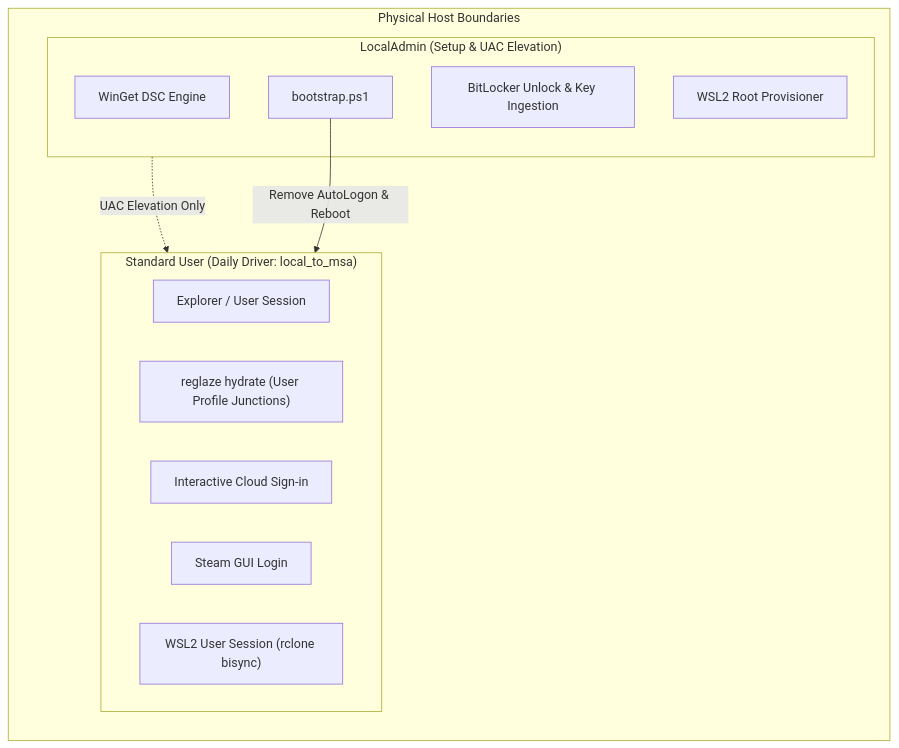
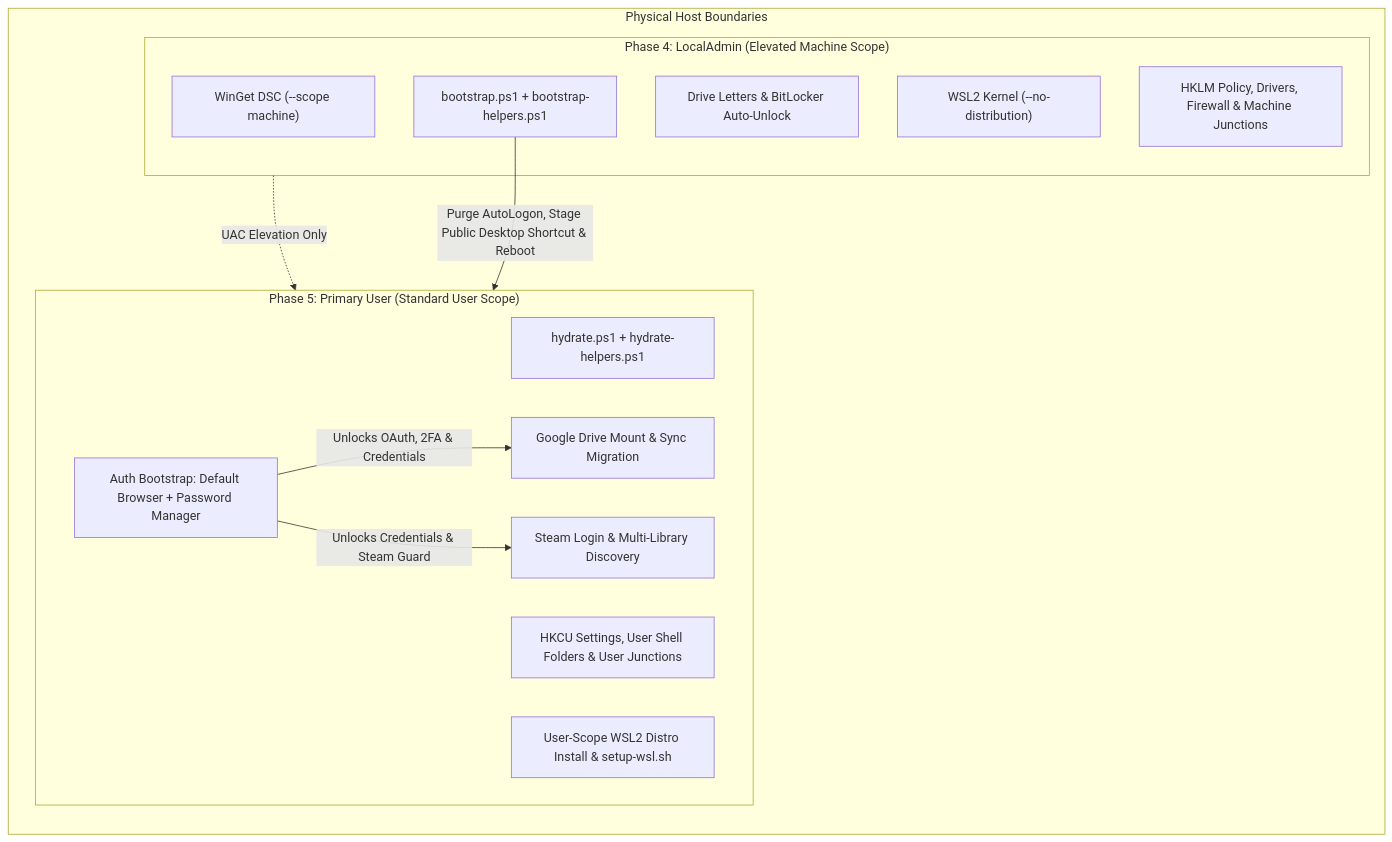
The third of 9 diagrams in docs/ARCHITECTURE.md (kirkhaines/reglaze), drawn with Mermaid before and after one commit. The commit also changed other lines of this file and 17 other files, not shown here.

````diff
--- a/docs/ARCHITECTURE.md
+++ b/docs/ARCHITECTURE.md
@@ -158,22 +158,26 @@
 ```mermaid
 graph LR
     subgraph Host ["Physical Host Boundaries"]
-        subgraph AdminBoundary ["LocalAdmin (Setup & UAC Elevation)"]
-            Bootstrap["bootstrap.ps1"]
-            WinGetDSC["WinGet DSC Engine"]
-            BitLocker["BitLocker Unlock & Key Ingestion"]
-            WSLRoot["WSL2 Root Provisioner"]
+        subgraph AdminBoundary ["Phase 4: LocalAdmin (Elevated Machine Scope)"]
+            Bootstrap["bootstrap.ps1 + bootstrap-helpers.ps1"]
+            WinGetDSC["WinGet DSC (--scope machine)"]
+            BitLocker["Drive Letters & BitLocker Auto-Unlock"]
+            WSLKernel["WSL2 Kernel (--no-distribution)"]
+            MachineCfg["HKLM Policy, Drivers, Firewall & Machine Junctions"]
         end
         
-        subgraph UserBoundary ["Standard User (Daily Driver: local_to_msa)"]
-            Shell["Explorer / User Session"]
-            Hydrate["reglaze hydrate (User Profile Junctions)"]
-            CloudAuth["Interactive Cloud Sign-in"]
-            SteamAuth["Steam GUI Login"]
-            WSLUser["WSL2 User Session (rclone bisync)"]
+        subgraph UserBoundary ["Phase 5: Primary User (Standard User Scope)"]
+            Hydrate["hydrate.ps1 + hydrate-helpers.ps1"]
+            AuthBootstrap["Auth Bootstrap: Default Browser + Password Manager"]
+            CloudAuth["Google Drive Mount & Sync Migration"]
+            SteamAuth["Steam Login & Multi-Library Discovery"]
+            UserJuncs["HKCU Settings, User Shell Folders & User Junctions"]
+            WSLUser["User-Scope WSL2 Distro Install & setup-wsl.sh"]
         end
     end
 
     AdminBoundary -.->|UAC Elevation Only| UserBoundary
-    Bootstrap -->|Remove AutoLogon & Reboot| UserBoundary
+    Bootstrap -->|Purge AutoLogon, Stage Public Desktop Shortcut & Reboot| UserBoundary
+    AuthBootstrap -->|Unlocks OAuth, 2FA & Credentials| CloudAuth
+    AuthBootstrap -->|Unlocks Credentials & Steam Guard| SteamAuth
 ```
````
